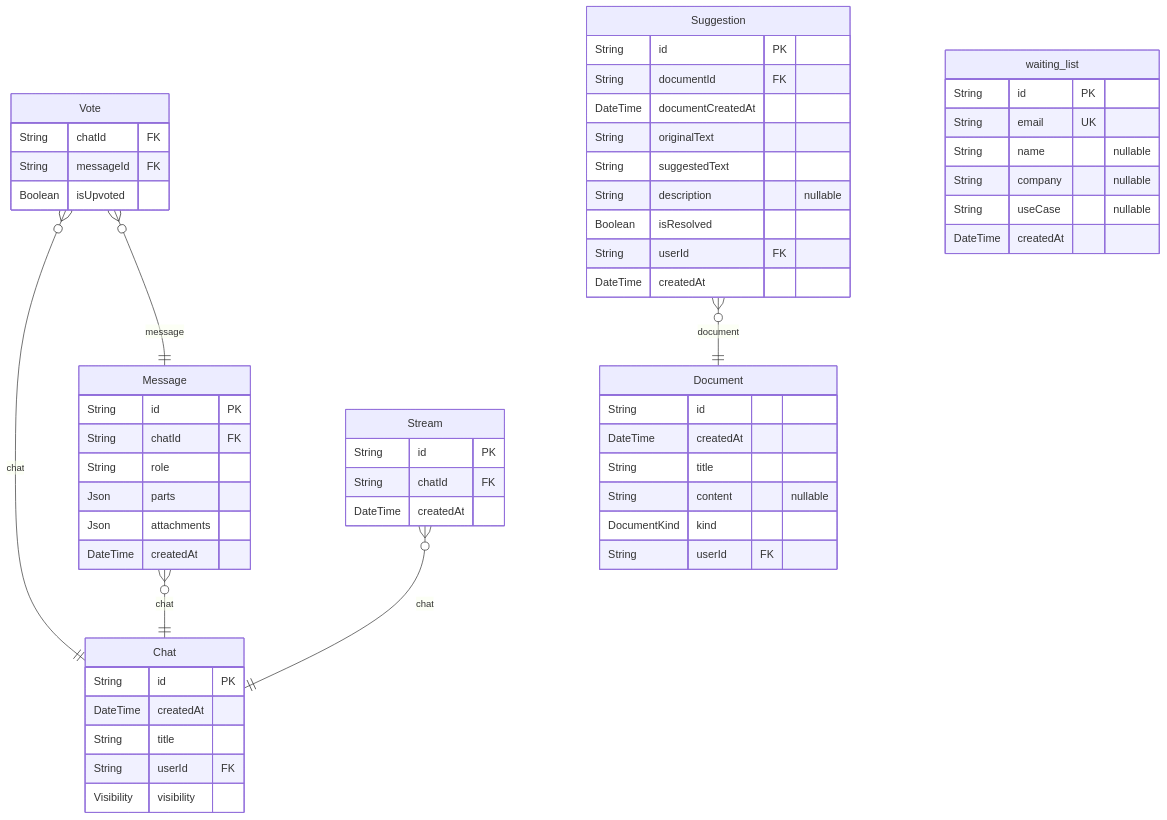
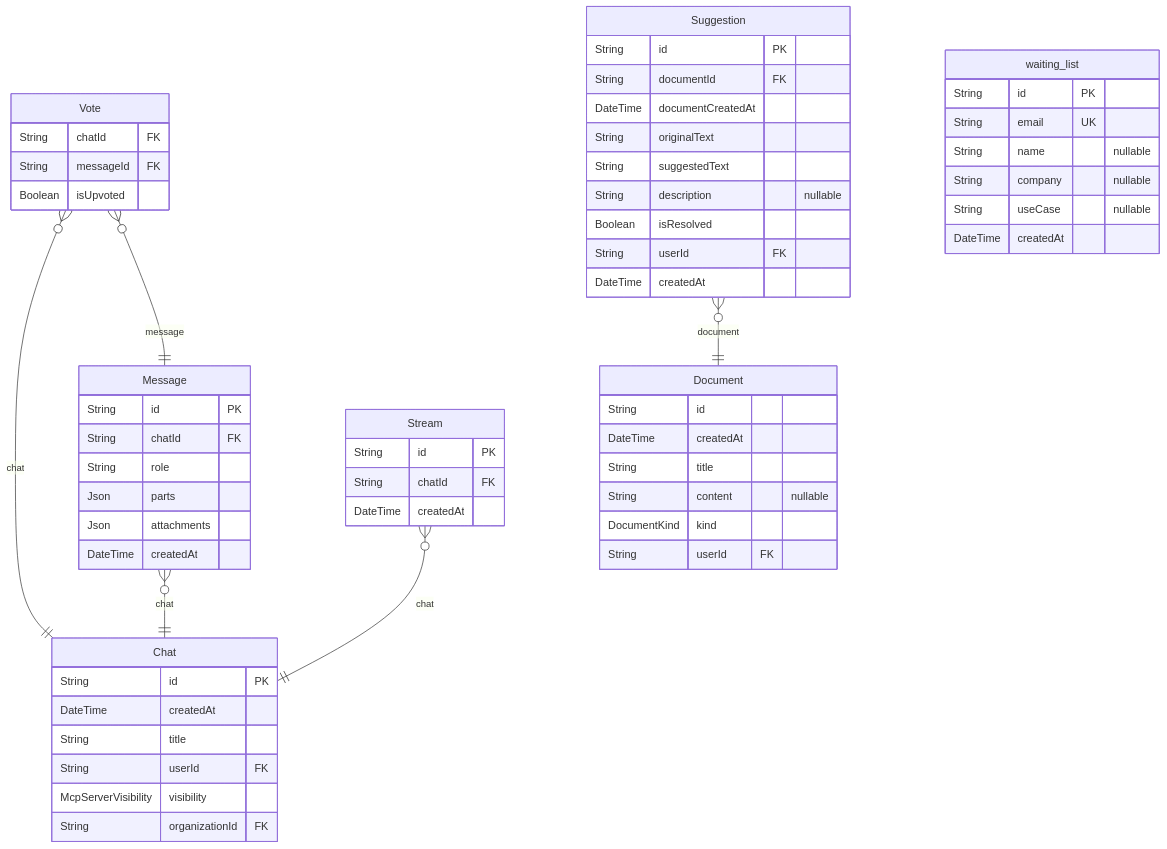
Before and after one commit to rayven122/tumiki: the ninth of 9 diagrams in packages/db/prisma/README.md, drawn with Mermaid. The commit also changed other lines of this file and 4 other files, not shown here.

````diff
--- a/packages/db/prisma/README.md
+++ b/packages/db/prisma/README.md
@@ -831,60 +843,61 @@
 ```mermaid
 erDiagram
 "Chat" {
   String id PK
   DateTime createdAt
   String title
   String userId FK
-  Visibility visibility
+  McpServerVisibility visibility
+  String organizationId FK
 }
 "Message" {
   String id PK
   String chatId FK
   String role
   Json parts
   Json attachments
   DateTime createdAt
 }
 "Vote" {
   String chatId FK
   String messageId FK
   Boolean isUpvoted
 }
 "Document" {
   String id
   DateTime createdAt
   String title
   String content "nullable"
   DocumentKind kind
   String userId FK
 }
 "Suggestion" {
   String id PK
   String documentId FK
   DateTime documentCreatedAt
   String originalText
   String suggestedText
   String description "nullable"
   Boolean isResolved
   String userId FK
   DateTime createdAt
 }
 "Stream" {
   String id PK
   String chatId FK
   DateTime createdAt
 }
 "waiting_list" {
   String id PK
   String email UK
   String name "nullable"
   String company "nullable"
   String useCase "nullable"
   DateTime createdAt
 }
 "Message" }o--|| "Chat" : chat
 "Vote" }o--|| "Chat" : chat
 "Vote" }o--|| "Message" : message
 "Suggestion" }o--|| "Document" : document
 "Stream" }o--|| "Chat" : chat
 ```
````
